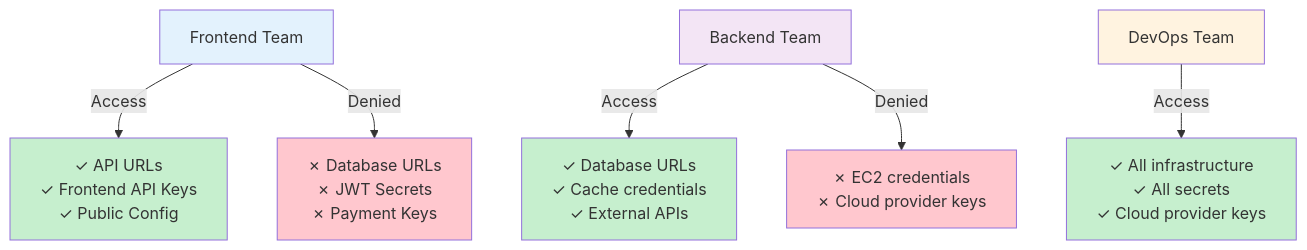
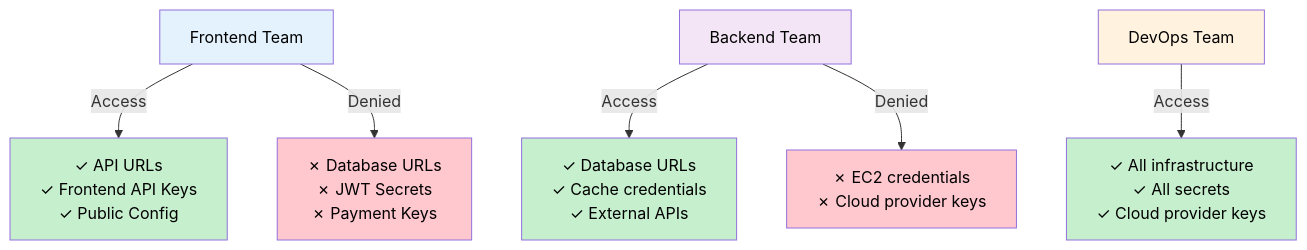
The ninth of 11 diagrams in 12.Production-Grade Configuration Management/README.md (ahmed-226/Backend-from-first-principles), drawn with Mermaid before and after one commit. The commit also changed other lines of this file, not shown here.

````diff
--- a/12.Production-Grade Configuration Management/README.md
+++ b/12.Production-Grade Configuration Management/README.md
@@ -501,19 +501,19 @@
 ```mermaid
 graph TD
     FrontendTeam["Frontend Team"] -->|Access| Frontend_Creds["✓ API URLs<br/>✓ Frontend API Keys<br/>✓ Public Config"]
     FrontendTeam -->|Denied| Backend_Secrets["✗ Database URLs<br/>✗ JWT Secrets<br/>✗ Payment Keys"]
 
     BackendTeam["Backend Team"] -->|Access| Backend_Access["✓ Database URLs<br/>✓ Cache credentials<br/>✓ External APIs"]
     BackendTeam -->|Denied| Infra_Secrets["✗ EC2 credentials<br/>✗ Cloud provider keys"]
 
     DevOpsTeam["DevOps Team"] -->|Access| Infra_Access["✓ All infrastructure<br/>✓ All secrets<br/>✓ Cloud provider keys"]
 
-    style FrontendTeam fill:#e3f2fd
-    style BackendTeam fill:#f3e5f5
-    style DevOpsTeam fill:#fff3e0
-    style Frontend_Creds fill:#c6efce
-    style Backend_Secrets fill:#ffc7ce
-    style Backend_Access fill:#c6efce
-    style Infra_Secrets fill:#ffc7ce
-    style Infra_Access fill:#c6efce
+    style FrontendTeam fill:#e3f2fd,color:#000
+    style BackendTeam fill:#f3e5f5,color:#000
+    style DevOpsTeam fill:#fff3e0,color:#000
+    style Frontend_Creds fill:#c6efce,color:#000
+    style Backend_Secrets fill:#ffc7ce,color:#000
+    style Backend_Access fill:#c6efce,color:#000
+    style Infra_Secrets fill:#ffc7ce,color:#000
+    style Infra_Access fill:#c6efce,color:#000
 ```
````
